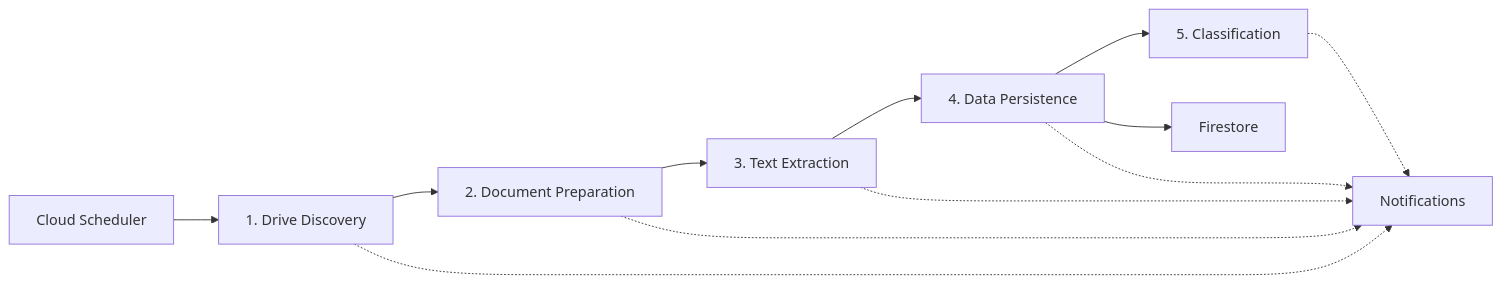
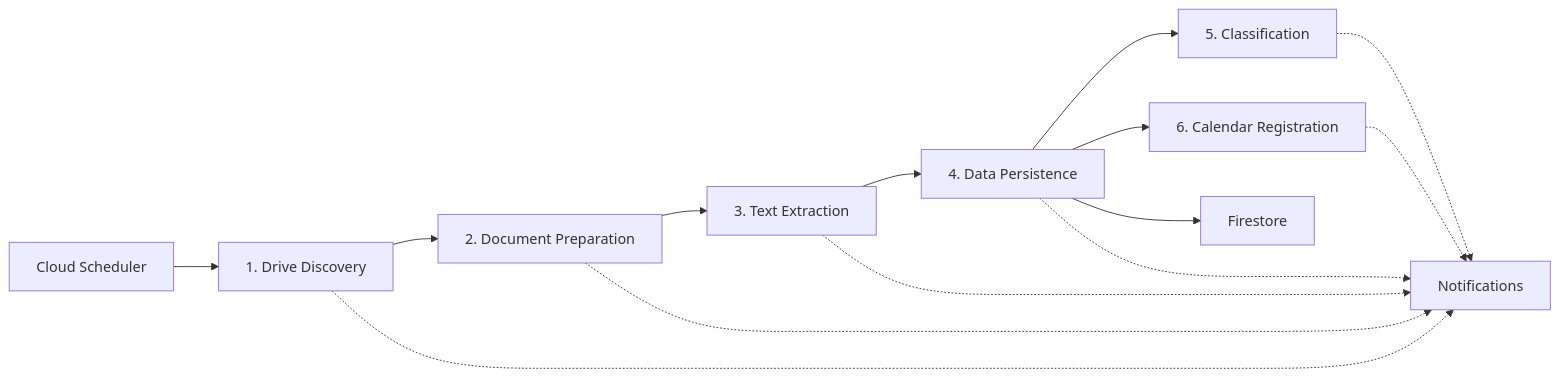
One commit to kkohtaka/AutoNyan changed the diagram in README.md. Above: the diagram before and after it, drawn with Mermaid. The commit also changed other lines of this file, not shown here.

First line of the commit message:
docs: document calendar registration and the calendar sharing step

````diff
--- a/README.md
+++ b/README.md
@@ -11,14 +11,16 @@
 ```mermaid
 graph LR
     A[Cloud Scheduler] --> B[1. Drive Discovery]
     B --> C[2. Document Preparation]
     C --> D[3. Text Extraction]
     D --> E[4. Data Persistence]
     E --> G[5. Classification]
+    E --> H[6. Calendar Registration]
     E --> F[Firestore]
     B -.-> N[Notifications]
     C -.-> N
     D -.-> N
     E -.-> N
     G -.-> N
+    H -.-> N
 ```
````
